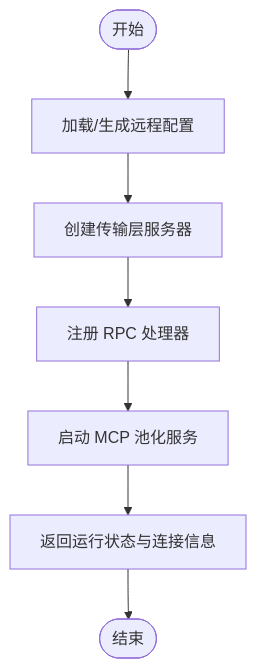
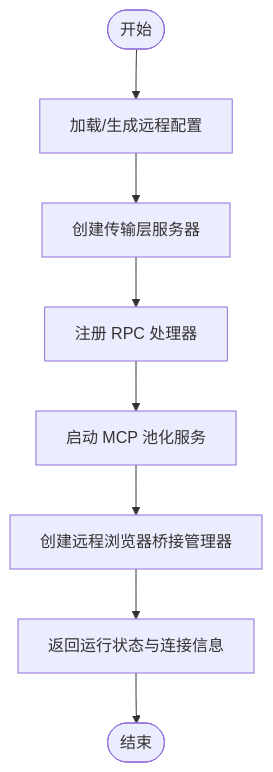
The third of 11 diagrams in .qoder/repowiki/zh/content/服务器架构/服务器核心/服务器核心.md (haolange/craft-agents-oss), drawn with Mermaid before and after one commit. The commit also changed other lines of this file and 5 other files, not shown here.

````diff
--- a/.qoder/repowiki/zh/content/服务器架构/服务器核心/服务器核心.md
+++ b/.qoder/repowiki/zh/content/服务器架构/服务器核心/服务器核心.md
@@ -151,9 +180,10 @@
 ```mermaid
 flowchart TD
 Start(["开始"]) --> LoadCfg["加载/生成远程配置"]
 LoadCfg --> CreateTrans["创建传输层服务器"]
 CreateTrans --> RegisterHandlers["注册 RPC 处理器"]
 RegisterHandlers --> StartMCP["启动 MCP 池化服务"]
-StartMCP --> Ready["返回运行状态与连接信息"]
+StartMCP --> CreateRBPM["创建远程浏览器桥接管理器"]
+CreateRBPM --> Ready["返回运行状态与连接信息"]
 Ready --> End(["结束"])
 ```
````
